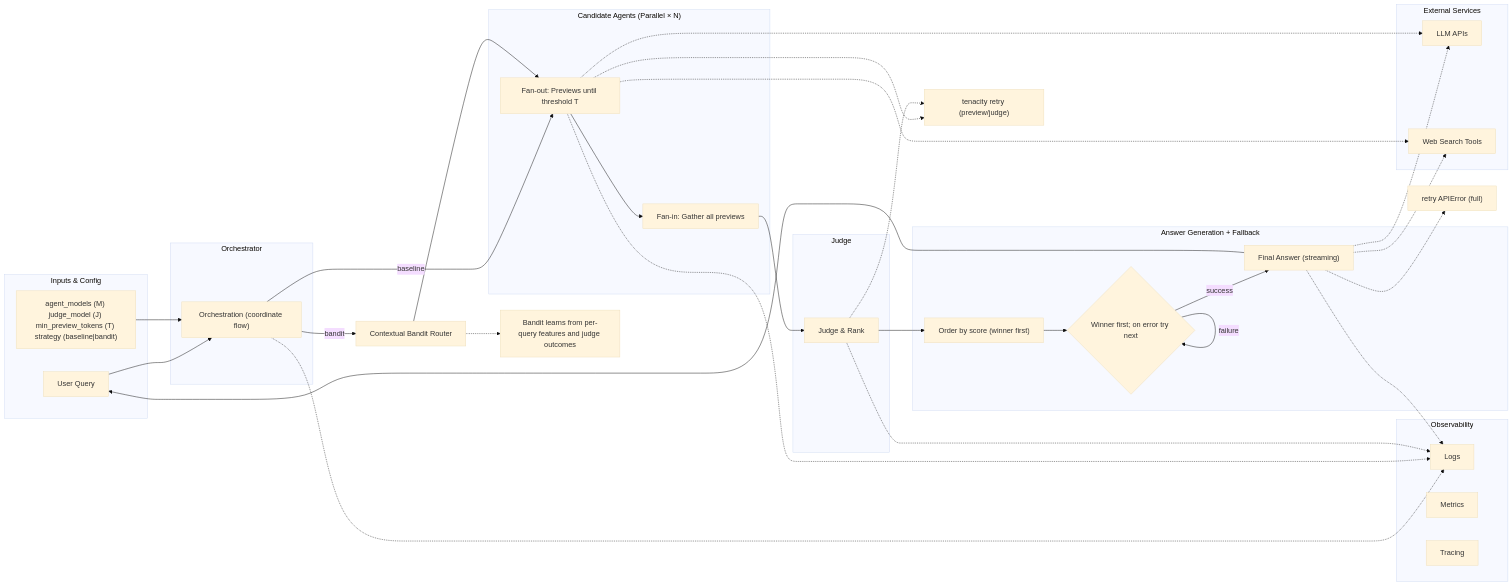
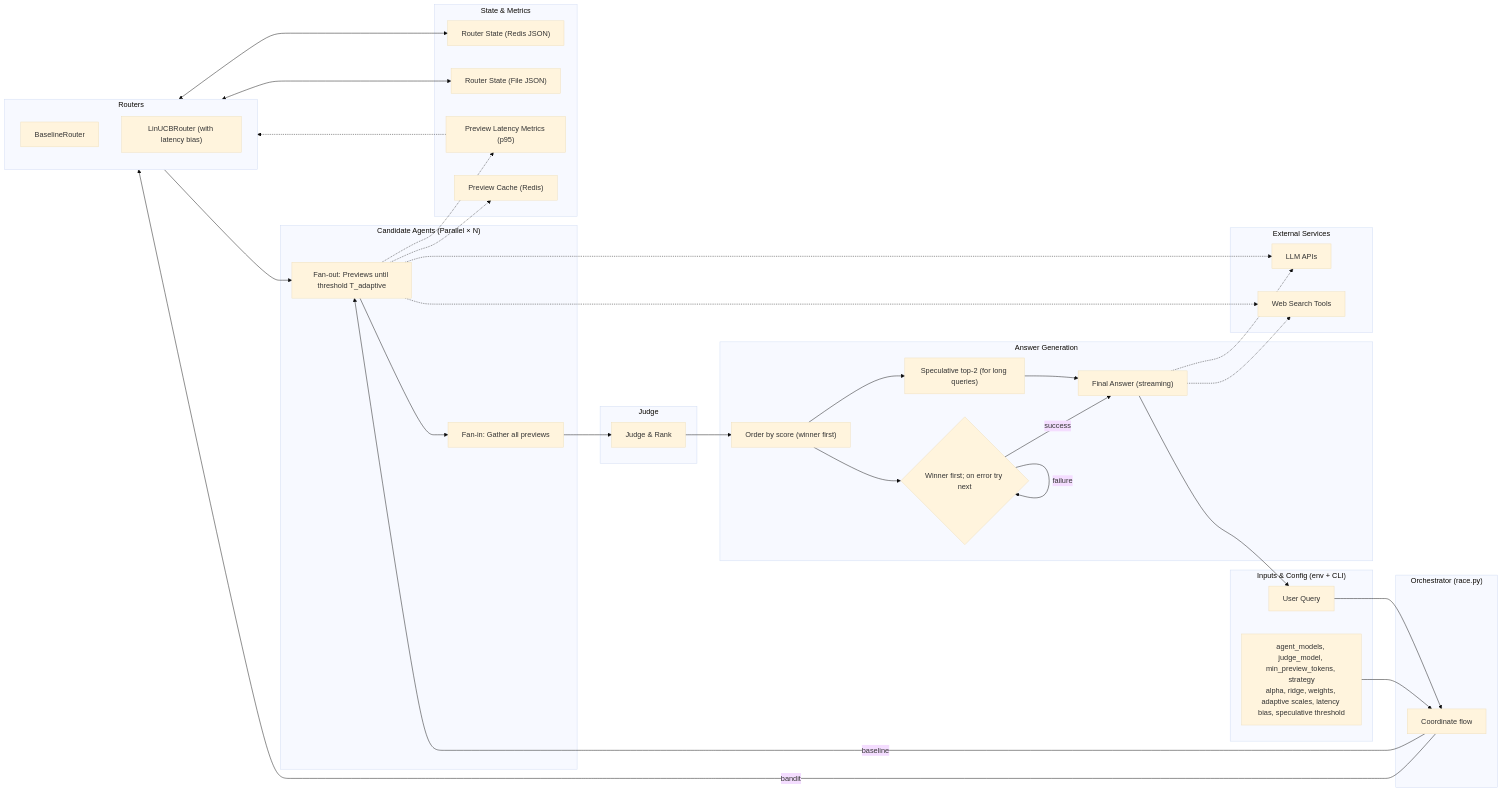
The first of 4 diagrams in parallel_agents/README.md (NumberChiffre/agentic-patterns), drawn with Mermaid (base theme) before and after one commit. The commit also changed other lines of this file and 24 other files, not shown here.

````diff
--- a/parallel_agents/README.md
+++ b/parallel_agents/README.md
@@ -71,78 +109,80 @@
 ```mermaid
 flowchart LR
   %% Inputs/Config
-  subgraph INPUTS["Inputs & Config"]
+  subgraph INPUTS["Inputs & Config (env + CLI)"]
     U["User Query"]
-    CFG["agent_models (M) judge_model (J) min_preview_tokens (T) strategy (baseline|bandit)"]
+    CFG["agent_models, judge_model, min_preview_tokens, strategy\nalpha, ridge, weights, adaptive scales, latency bias, speculative threshold"]
   end
 
   %% Orchestrator
-  subgraph ORCH["Orchestrator"]
-    OR["Orchestration (coordinate flow)"]
+  subgraph ORCH["Orchestrator (race.py)"]
+    OR["Coordinate flow"]
   end
 
   %% Candidate workers (fan-out/fan-in)
   subgraph CANDS["Candidate Agents (Parallel × N)"]
-    PREV["Fan-out: Previews until threshold T"]
+    PREV["Fan-out: Previews until threshold T_adaptive"]
     GATH["Fan-in: Gather all previews"]
   end
 
   %% Judge
   subgraph JUDGE["Judge"]
     JPRE["Judge & Rank"]
   end
 
-  %% Full-answer with fallback cascade
-  subgraph FULL["Answer Generation + Fallback"]
+  %% Full-answer with fallback + speculative
+  subgraph FULL["Answer Generation"]
     ORDER["Order by score (winner first)"]
+    SPEC["Speculative top-2 (for long queries)"]
     TRY{"Winner first; on error try next"}
     STREAM["Final Answer (streaming)"]
+  end
+
+  %% Routing and State
+  subgraph ROUTE["Routers"]
+    BASE["BaselineRouter"]
+    LNUCB["LinUCBRouter (with latency bias)"]
+  end
+
+  subgraph STATE["State & Metrics"]
+    SREDIS["Router State (Redis JSON)"]
+    SFILE["Router State (File JSON)"]
+    METR["Preview Latency Metrics (p95)"]
+    PCACHE["Preview Cache (Redis)"]
   end
 
   %% External services
   subgraph EXT["External Services"]
     LLM["LLM APIs"]
     WS["Web Search Tools"]
   end
 
-  %% Observability
-  subgraph OBS["Observability"]
-    LOG["Logs"]
-    MET["Metrics"]
-    TRC["Tracing"]
-  end
-
   %% Flow
   U --> OR
   CFG --> OR
   OR -->|baseline| PREV
-  OR -->|bandit| RTR[Contextual Bandit Router]
-  RTR -.-> NB[Bandit learns from per-query features and judge outcomes]
-  RTR --> PREV
+  OR -->|bandit| ROUTE
+  ROUTE --> PREV
   PREV --> GATH
   GATH --> JPRE
   JPRE --> ORDER
+  ORDER --> SPEC
+  SPEC --> STREAM
   ORDER --> TRY
   TRY -->|success| STREAM
   TRY -->|failure| TRY
   STREAM --> U
 
-  %% External interactions
+  %% Caches & metrics
+  PREV -.-> PCACHE
   PREV -.-> LLM
   PREV -.-> WS
   STREAM -.-> LLM
   STREAM -.-> WS
+  PREV -.-> METR
+  METR -.-> ROUTE
 
-  %% Retries/backoff surfaces
-  R1["tenacity retry (preview/judge)"]
-  R2["retry APIError (full)"]
-  PREV -.-> R1
-  JPRE -.-> R1
-  STREAM -.-> R2
-
-  %% Observability taps
-  OR -.-> LOG
-  PREV -.-> LOG
-  JPRE -.-> LOG
-  STREAM -.-> LOG
+  %% State persistence
+  ROUTE <--> SREDIS
+  ROUTE <--> SFILE
 ```
````
